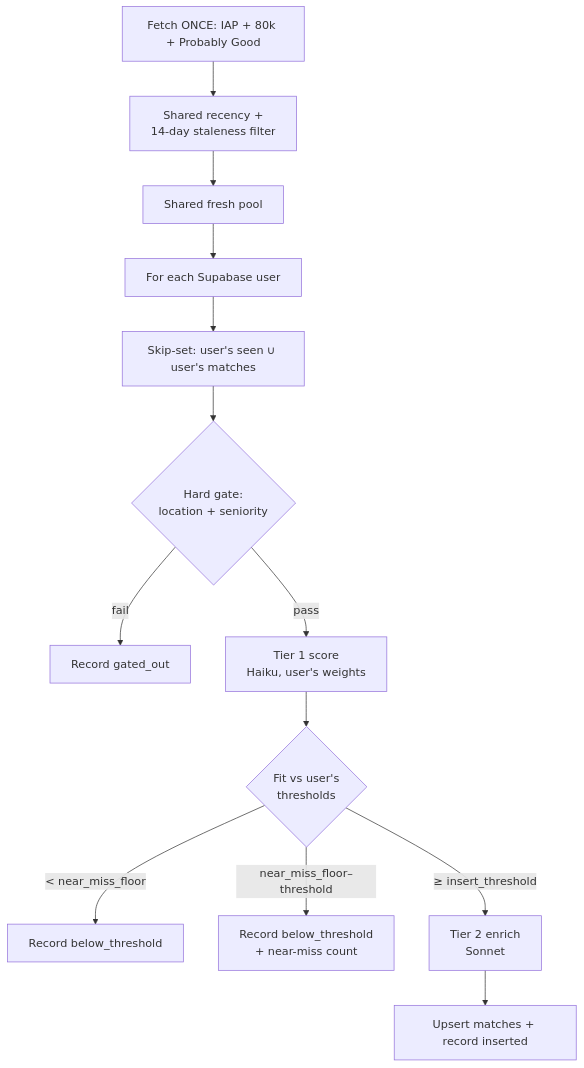
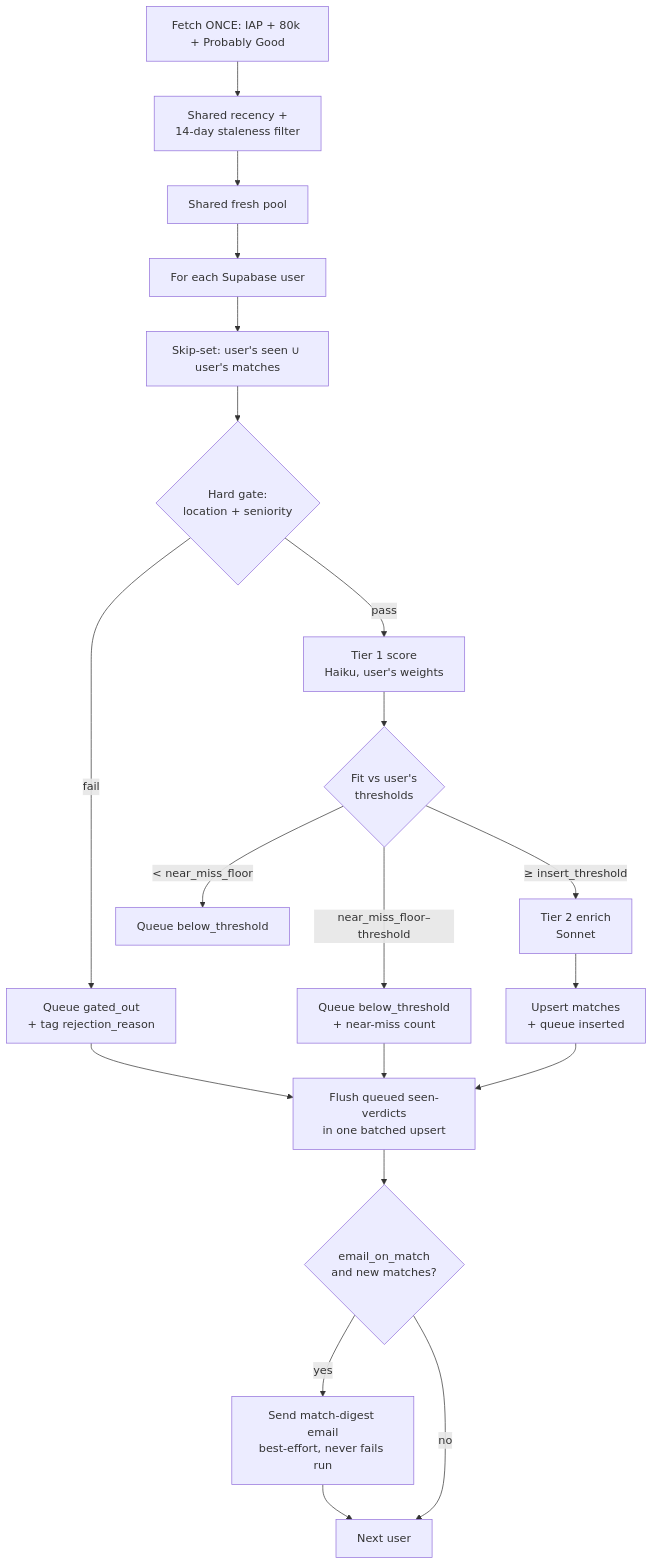
The diagram in README.md (KJSigurdson/job_evaluator), drawn with Mermaid before and after one commit. The commit also changed other lines of this file and 1 other file, not shown here.

````diff
--- a/README.md
+++ b/README.md
@@ -11,15 +11,22 @@
 ```mermaid
 flowchart TD
     A[Fetch ONCE: IAP + 80k + Probably Good] --> B[Shared recency +<br/>14-day staleness filter]
     B --> C[Shared fresh pool]
     C --> D[For each Supabase user]
     D --> E[Skip-set: user's seen ∪ user's matches]
     E --> F{Hard gate:<br/>location + seniority}
-    F -->|fail| G[Record gated_out]
+    F -->|fail| G[Queue gated_out<br/>+ tag rejection_reason]
     F -->|pass| H[Tier 1 score<br/>Haiku, user's weights]
     H --> I{Fit vs user's<br/>thresholds}
-    I -->|< near_miss_floor| J[Record below_threshold]
-    I -->|near_miss_floor–threshold| K[Record below_threshold<br/>+ near-miss count]
+    I -->|< near_miss_floor| J[Queue below_threshold]
+    I -->|near_miss_floor–threshold| K[Queue below_threshold<br/>+ near-miss count]
     I -->|≥ insert_threshold| L[Tier 2 enrich<br/>Sonnet]
-    L --> M[Upsert matches + record inserted]
+    L --> M[Upsert matches<br/>+ queue inserted]
+    G --> N[Flush queued seen-verdicts<br/>in one batched upsert]
+    K --> N
+    M --> N
+    N --> O{email_on_match<br/>and new matches?}
+    O -->|yes| P[Send match-digest email<br/>best-effort, never fails run]
+    O -->|no| Q[Next user]
+    P --> Q
 ```
````
